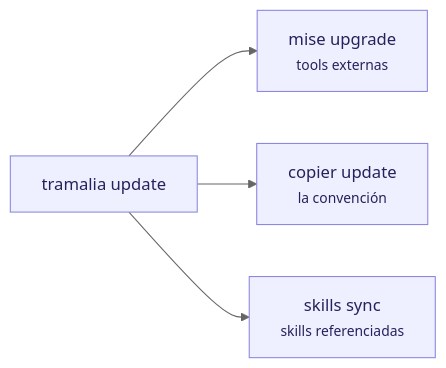
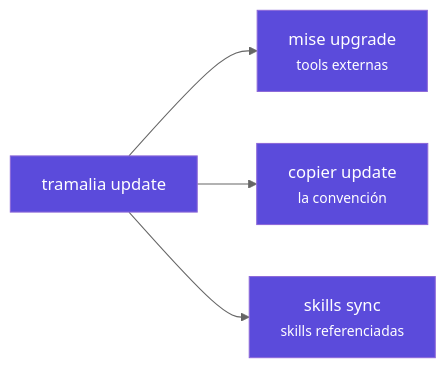
Before and after one commit to MscottB/tramalia: the second of 3 diagrams in docs/arquitectura.md, drawn with Mermaid (neutral theme). The commit also changed other lines of this file and 32 other files, not shown here.

First line of the commit message:
feat: v0.33.0 — portada carta de presentación + diagramas dark-mode + aclaración de Cierre

````diff
--- a/docs/arquitectura.md
+++ b/docs/arquitectura.md
@@ -70,7 +70,7 @@
 ```mermaid
 flowchart LR
-    classDef step fill:#eef0ff,stroke:#8a83e0,color:#26215c;
+    classDef step fill:#5b4bdb,stroke:#8c68d9,color:#ffffff;
     U["tramalia update"]:::step --> A["mise upgrade<br/><small>tools externas</small>"]:::step
     U --> B["copier update<br/><small>la convención</small>"]:::step
     U --> C["skills sync<br/><small>skills referenciadas</small>"]:::step
 ```
````
